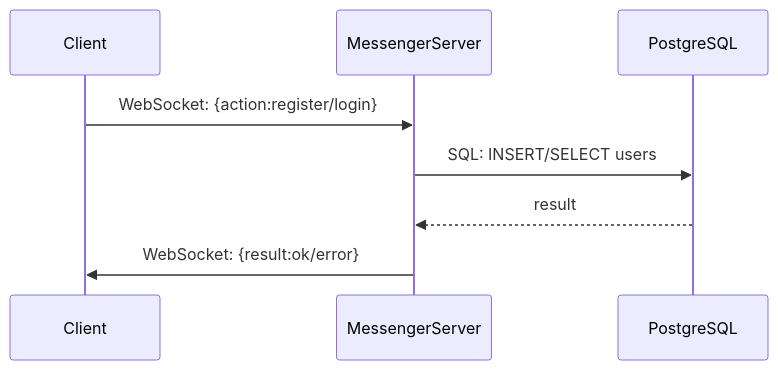
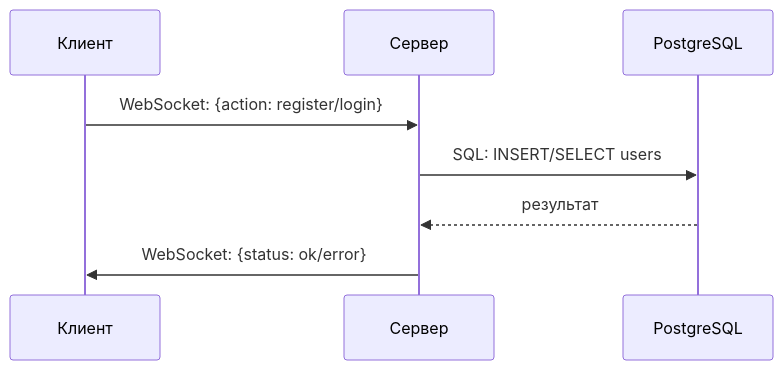
Before and after one commit to Ky0k01/Messenger: the second of 2 diagrams in README.md, drawn with Mermaid. The commit also changed other lines of this file, not shown here.

````diff
--- a/README.md
+++ b/README.md
@@ -97,11 +90,11 @@
 ```mermaid
 sequenceDiagram
-    participant Client
-    participant MessengerServer
+    participant Клиент
+    participant Сервер
     participant PostgreSQL
 
-    Client->>MessengerServer: WebSocket: {action:register/login}
-    MessengerServer->>PostgreSQL: SQL: INSERT/SELECT users
-    PostgreSQL-->>MessengerServer: result
-    MessengerServer->>Client: WebSocket: {result:ok/error}
+    Клиент->>Сервер: WebSocket: {action: register/login}
+    Сервер->>PostgreSQL: SQL: INSERT/SELECT users
+    PostgreSQL-->>Сервер: результат
+    Сервер->>Клиент: WebSocket: {status: ok/error}
 ```
````
